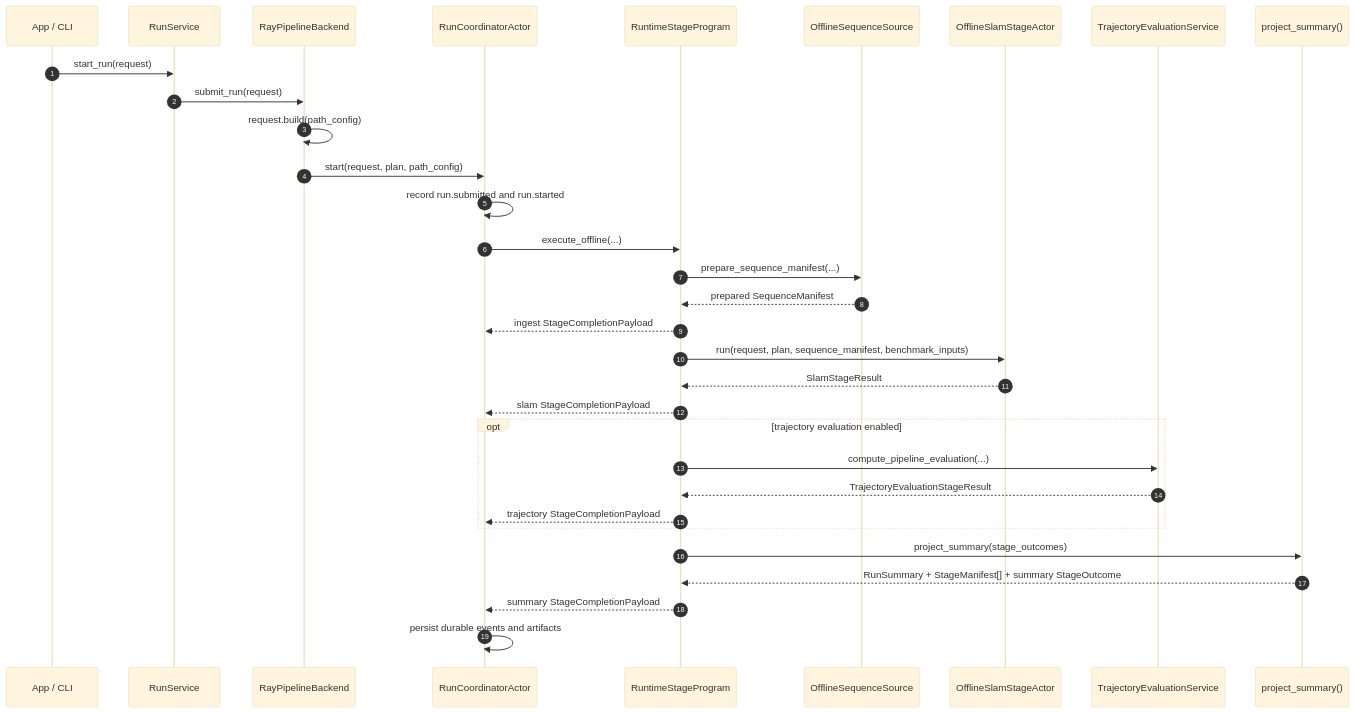
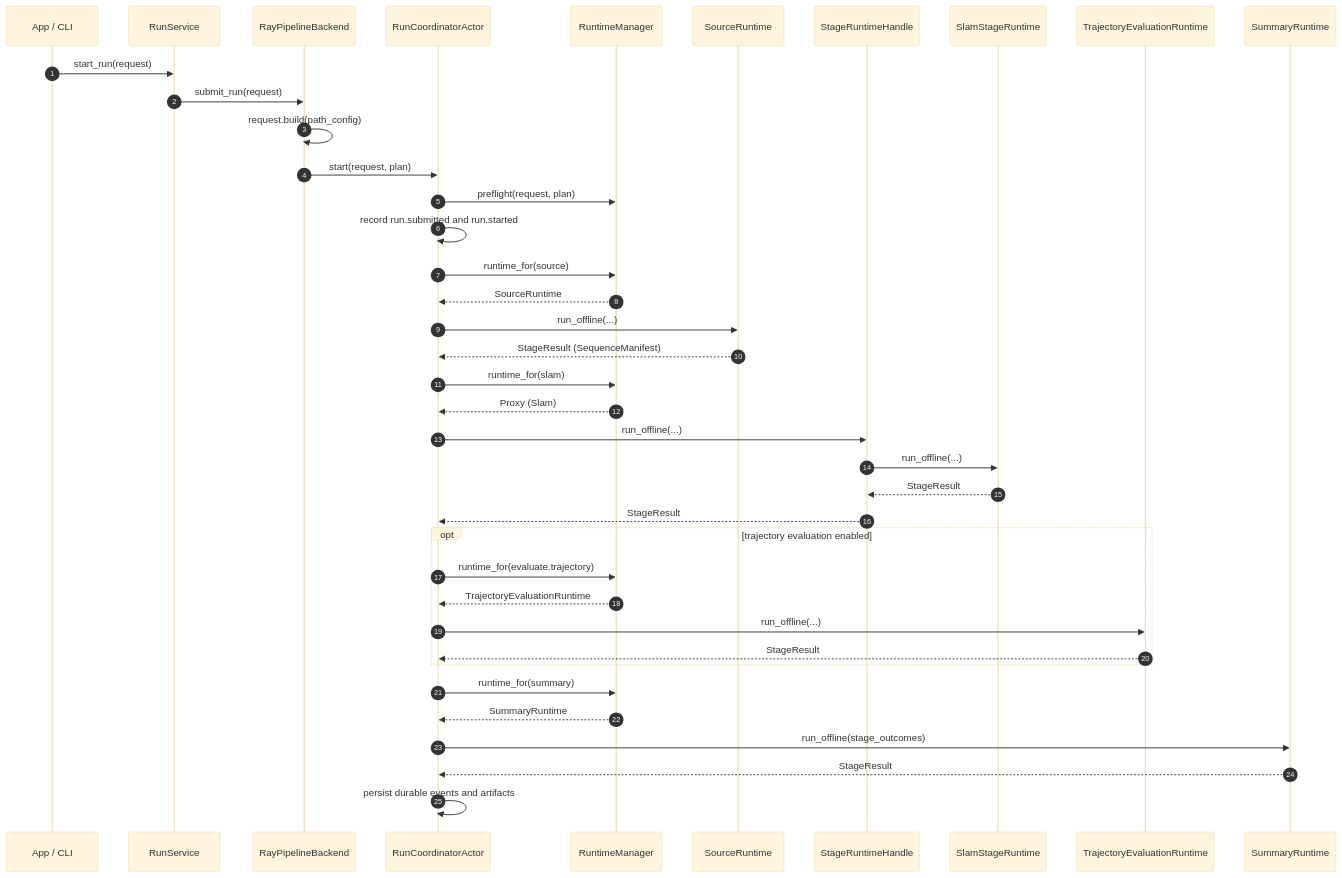
Before and after one commit to JanDuchscherer104/prml-vslam: the diagram in docs/figures/mermaid/pipeline/pipeline_offline_lifecycle.mmd, drawn with Mermaid. The commit also changed 25 other files, not shown here.

```diff
--- a/docs/figures/mermaid/pipeline/pipeline_offline_lifecycle.mmd
+++ b/docs/figures/mermaid/pipeline/pipeline_offline_lifecycle.mmd
@@ -1,44 +1,55 @@
 %%{init: {
   "theme": "base",
   "themeVariables": {
     "fontSize": "16px",
     "actorFontSize": "16px",
     "messageFontSize": "15px",
     "noteFontSize": "14px",
     "sequenceNumberFontSize": "13px"
   }
 }}%%
 sequenceDiagram
     autonumber
 
     participant Caller as App / CLI
     participant Service as RunService
     participant Backend as RayPipelineBackend
     participant Coord as RunCoordinatorActor
-    participant Program as RuntimeStageProgram
-    participant Source as OfflineSequenceSource
-    participant Slam as OfflineSlamStageActor
-    participant Eval as TrajectoryEvaluationService
-    participant Summary as project_summary()
+    participant RtmMgr as RuntimeManager
+    participant Source as SourceRuntime
+    participant Proxy as StageRuntimeHandle
+    participant Slam as SlamStageRuntime
+    participant Eval as TrajectoryEvaluationRuntime
+    participant Summary as SummaryRuntime
 
     Caller->>Service: start_run(request)
     Service->>Backend: submit_run(request)
     Backend->>Backend: request.build(path_config)
-    Backend->>Coord: start(request, plan, path_config)
+    Backend->>Coord: start(request, plan)
+    Coord->>RtmMgr: preflight(request, plan)
     Coord->>Coord: record run.submitted and run.started
-    Coord->>Program: execute_offline(...)
-    Program->>Source: prepare_sequence_manifest(...)
-    Source-->>Program: prepared SequenceManifest
-    Program-->>Coord: ingest StageCompletionPayload
-    Program->>Slam: run(request, plan, sequence_manifest, benchmark_inputs)
-    Slam-->>Program: SlamStageResult
-    Program-->>Coord: slam StageCompletionPayload
+
+    Coord->>RtmMgr: runtime_for(source)
+    RtmMgr-->>Coord: SourceRuntime
+    Coord->>Source: run_offline(...)
+    Source-->>Coord: StageResult (SequenceManifest)
+
+    Coord->>RtmMgr: runtime_for(slam)
+    RtmMgr-->>Coord: Proxy (Slam)
+    Coord->>Proxy: run_offline(...)
+    Proxy->>Slam: run_offline(...)
+    Slam-->>Proxy: StageResult
+    Proxy-->>Coord: StageResult
+
     opt trajectory evaluation enabled
-        Program->>Eval: compute_pipeline_evaluation(...)
-        Eval-->>Program: TrajectoryEvaluationStageResult
-        Program-->>Coord: trajectory StageCompletionPayload
+        Coord->>RtmMgr: runtime_for(evaluate.trajectory)
+        RtmMgr-->>Coord: TrajectoryEvaluationRuntime
+        Coord->>Eval: run_offline(...)
+        Eval-->>Coord: StageResult
     end
-    Program->>Summary: project_summary(stage_outcomes)
-    Summary-->>Program: RunSummary + StageManifest[] + summary StageOutcome
-    Program-->>Coord: summary StageCompletionPayload
+
+    Coord->>RtmMgr: runtime_for(summary)
+    RtmMgr-->>Coord: SummaryRuntime
+    Coord->>Summary: run_offline(stage_outcomes)
+    Summary-->>Coord: StageResult
     Coord->>Coord: persist durable events and artifacts
```
